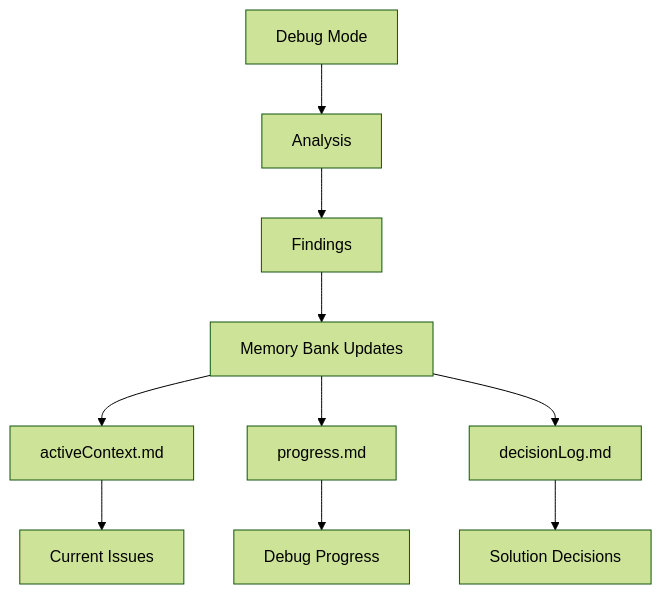
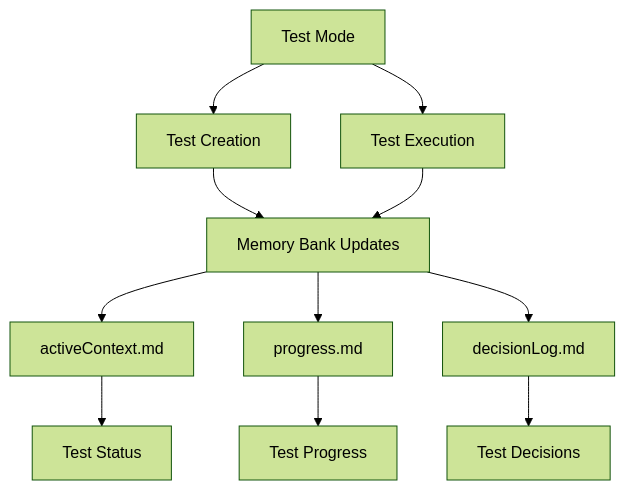
The fifth of 5 diagrams in README.md (shaunie2fly/roo-code-memory-bank), drawn with Mermaid (forest theme) before and after one commit. The commit also changed other lines of this file and 8 other files, not shown here.

Commit message:
modified:   .clinerules-architect 	modified:   .clinerules-ask 	modified:   .clinerules-code 	modified:   .clinerules-debug 	new file:   .clinerules-test 	new file:   .roomodes 	modified:   README.md 	new file:   code-system-prompt-example.txt 	modified:   updates.md

````diff
--- a/README.md
+++ b/README.md
@@ -200,12 +208,13 @@
 ```mermaid
 graph TD
-    A[Debug Mode] --> B[Analysis]
-    B --> C[Findings]
-    C --> D[Memory Bank Updates]
+    A[Test Mode] --> B[Test Creation]
+    A --> C[Test Execution]
+    B --> D[Memory Bank Updates]
+    C --> D
     D --> E[activeContext.md]
     D --> F[progress.md]
     D --> G[decisionLog.md]
-    E --> H[Current Issues]
-    F --> I[Debug Progress]
-    G --> J[Solution Decisions]
+    E --> H[Test Status]
+    F --> I[Test Progress]
+    G --> J[Test Decisions]
 ```
````
